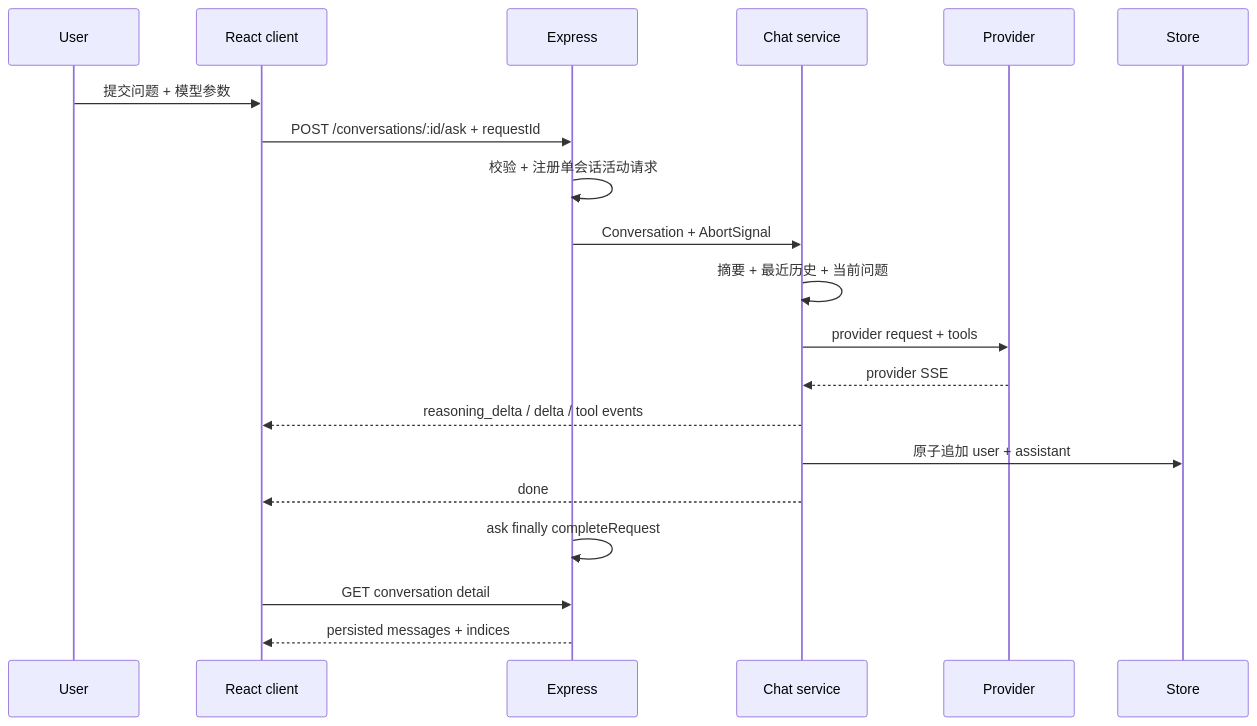
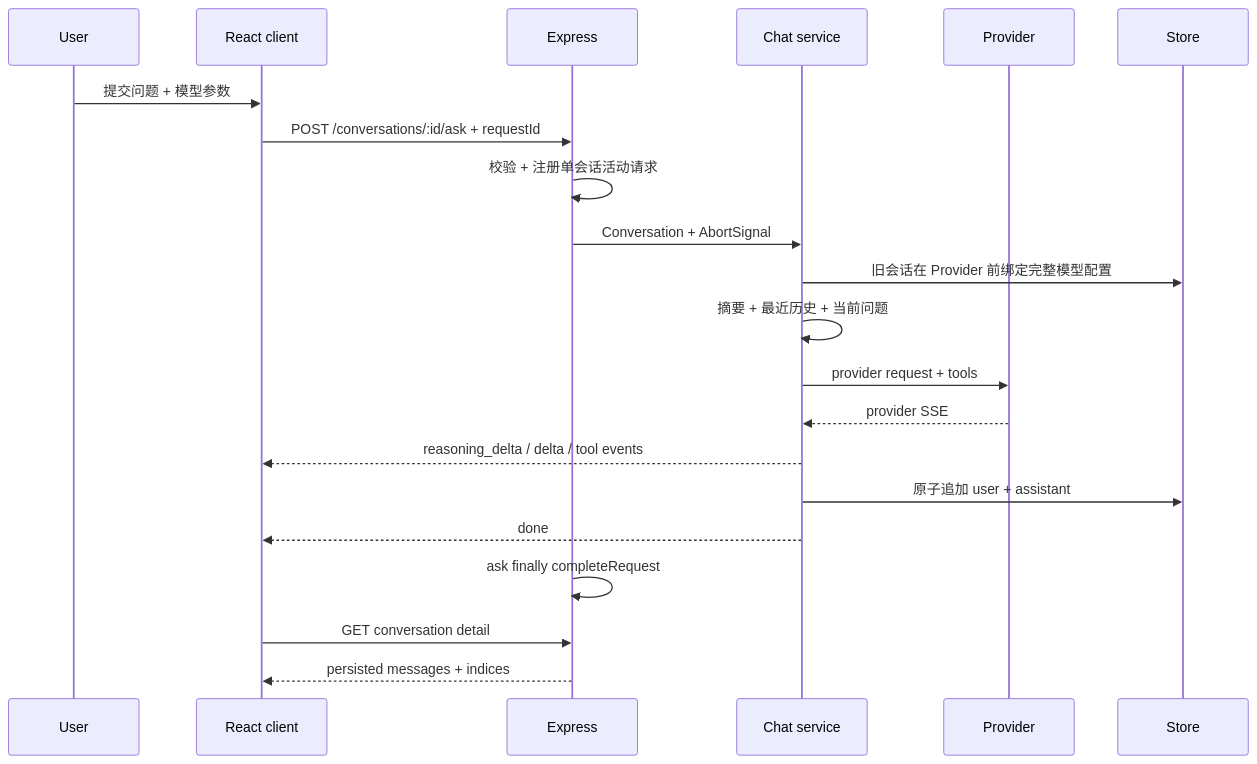
The fifth of 8 diagrams in docs/architecture.md (imingsmings/chatbot-dev), drawn with Mermaid before and after one commit. The commit also changed other lines of this file and 52 other files, not shown here.

````diff
--- a/docs/architecture.md
+++ b/docs/architecture.md
@@ -165,23 +166,24 @@
 ```mermaid
 sequenceDiagram
   participant U as User
   participant C as React client
   participant E as Express
   participant S as Chat service
   participant P as Provider
   participant D as Store
 
   U->>C: 提交问题 + 模型参数
   C->>E: POST /conversations/:id/ask + requestId
   E->>E: 校验 + 注册单会话活动请求
   E->>S: Conversation + AbortSignal
+  S->>D: 旧会话在 Provider 前绑定完整模型配置
   S->>S: 摘要 + 最近历史 + 当前问题
   S->>P: provider request + tools
   P-->>S: provider SSE
   S-->>C: reasoning_delta / delta / tool events
   S->>D: 原子追加 user + assistant
   S-->>C: done
   E->>E: ask finally completeRequest
   C->>E: GET conversation detail
   E-->>C: persisted messages + indices
 ```
````
